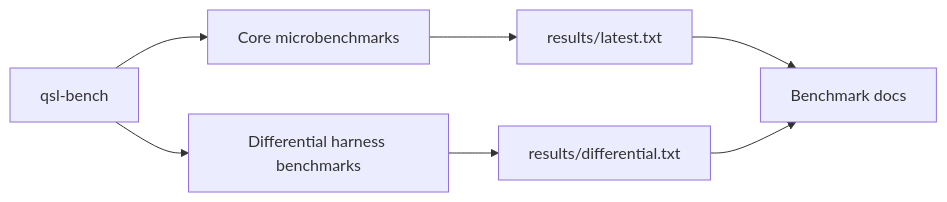
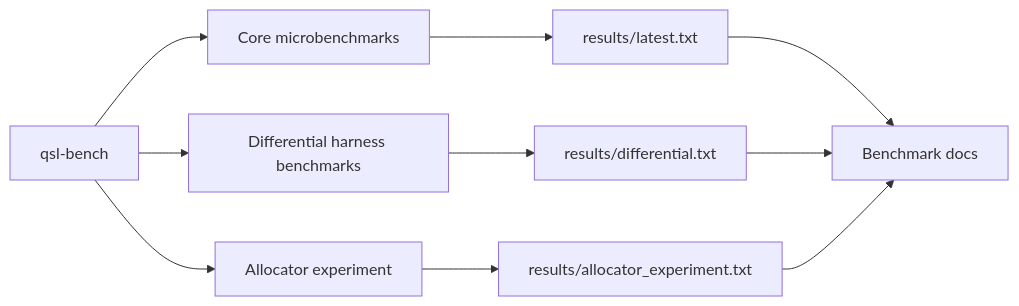
Before and after one commit to div0rce/quant-systems-lab: the diagram in docs/benchmarking.md, drawn with Mermaid. The commit also changed other lines of this file and 12 other files, not shown here.

First line of the commit message:
perf: add memory pool allocator experiment (#88)

````diff
--- a/docs/benchmarking.md
+++ b/docs/benchmarking.md
@@ -7,9 +7,12 @@
 ```mermaid
 flowchart LR
     bench[qsl-bench] --> core[Core microbenchmarks]
     bench --> diff[Differential harness benchmarks]
+    bench --> pool[Allocator experiment]
     core --> latest[results/latest.txt]
     diff --> diffout[results/differential.txt]
+    pool --> poolout[results/allocator_experiment.txt]
     latest --> docs[Benchmark docs]
     diffout --> docs
+    poolout --> docs
 ```
````
